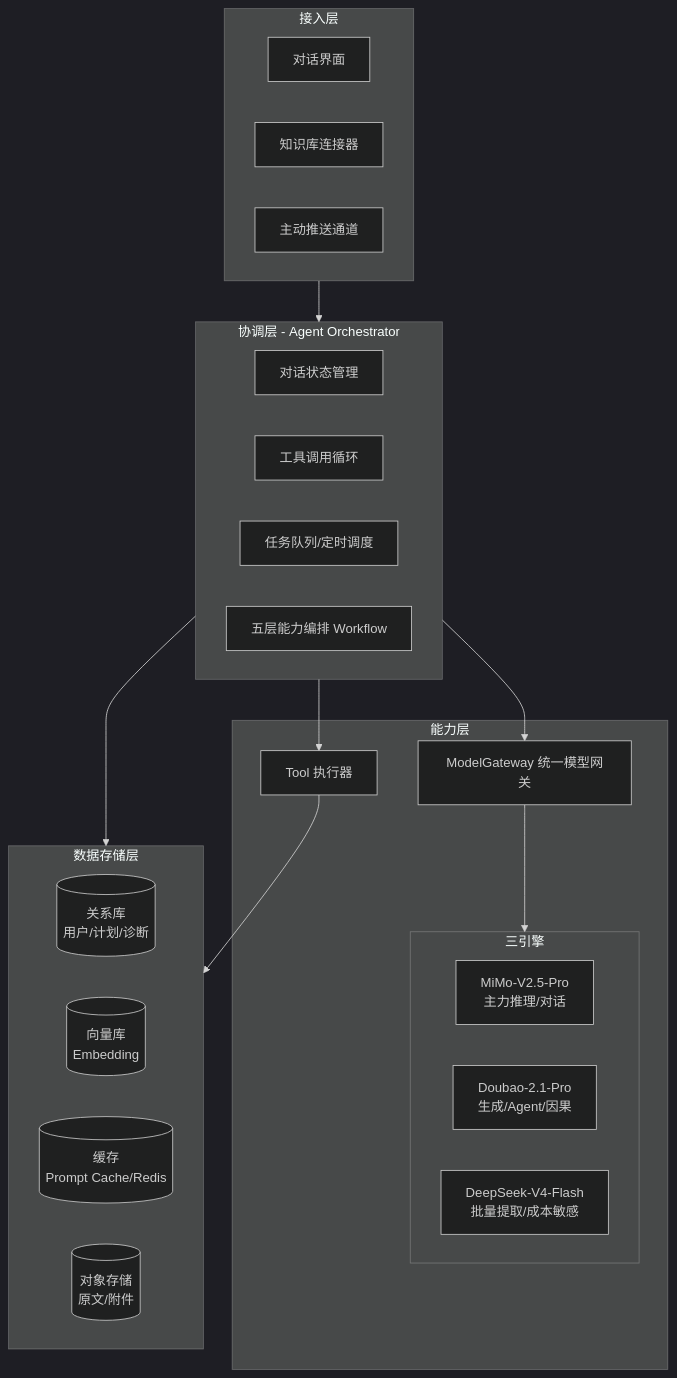
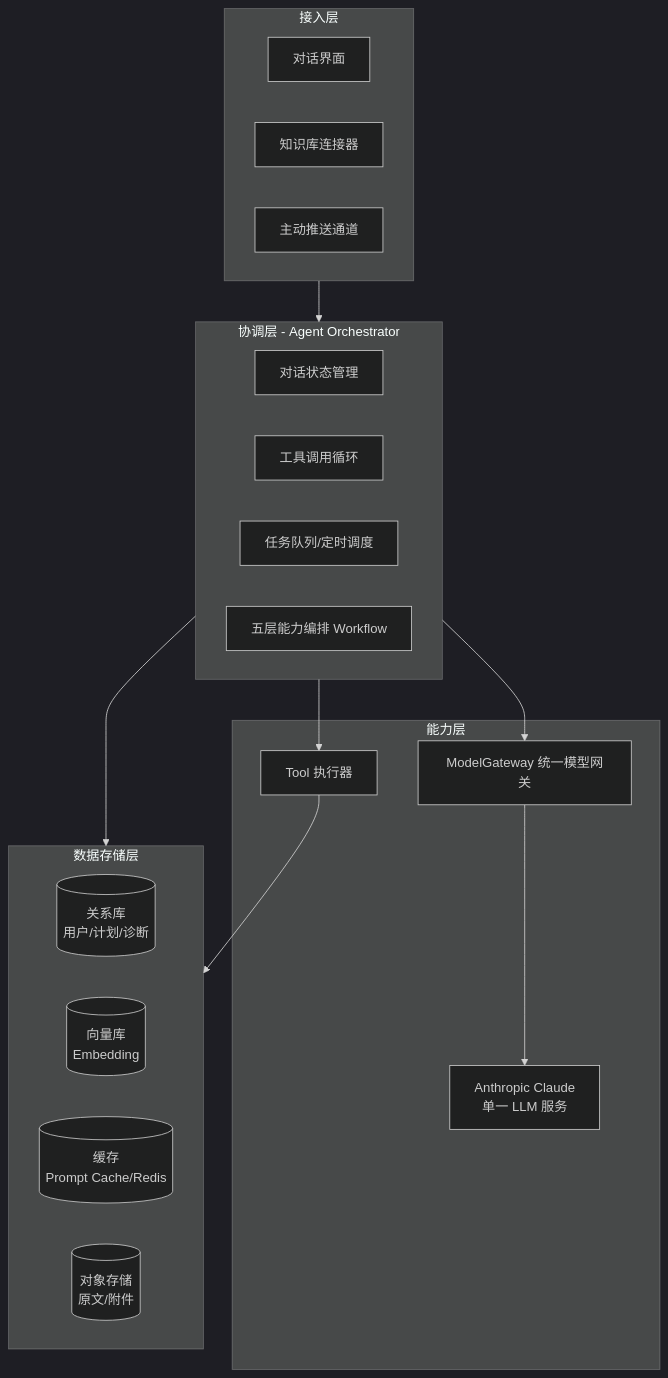
The first of 8 diagrams in docs/系统设计文档.md (Curtainorange/knowledge-agent), drawn with Mermaid (dark theme) before and after one commit. The commit also changed other lines of this file and 1 other file, not shown here.

First line of the commit message:
docs: 需求分析与系统设计改为单一 Claude 模型架构

````diff
--- a/docs/系统设计文档.md
+++ b/docs/系统设计文档.md
@@ -60,39 +60,35 @@
 ```mermaid
 flowchart TB
     subgraph U[接入层]
         ChatUI[对话界面]
         KBConn[知识库连接器]
         PushCh[主动推送通道]
     end
 
     subgraph C[协调层 - Agent Orchestrator]
         StateMng[对话状态管理]
         LoopMgr[工具调用循环]
         QueueMgr[任务队列/定时调度]
         Workflow[五层能力编排 Workflow]
     end
 
     subgraph A[能力层]
         GW[ModelGateway 统一模型网关]
-        subgraph ENG[三引擎]
-            MIMO[MiMo-V2.5-Pro<br/>主力推理/对话]
-            DOUBAO[Doubao-2.1-Pro<br/>生成/Agent/因果]
-            DS[DeepSeek-V4-Flash<br/>批量提取/成本敏感]
-        end
+        LLM[Anthropic Claude<br/>单一 LLM 服务]
         TOOL[Tool 执行器]
     end
 
     subgraph D[数据存储层]
         PG[(关系库<br/>用户/计划/诊断)]
         VDB[(向量库<br/>Embedding)]
         CACHE[(缓存<br/>Prompt Cache/Redis)]
         OBJ[(对象存储<br/>原文/附件)]
     end
 
     U --> C
     C --> GW
-    GW --> ENG
+    GW --> LLM
     C --> TOOL
     TOOL --> D
     C --> D
 ```
````
